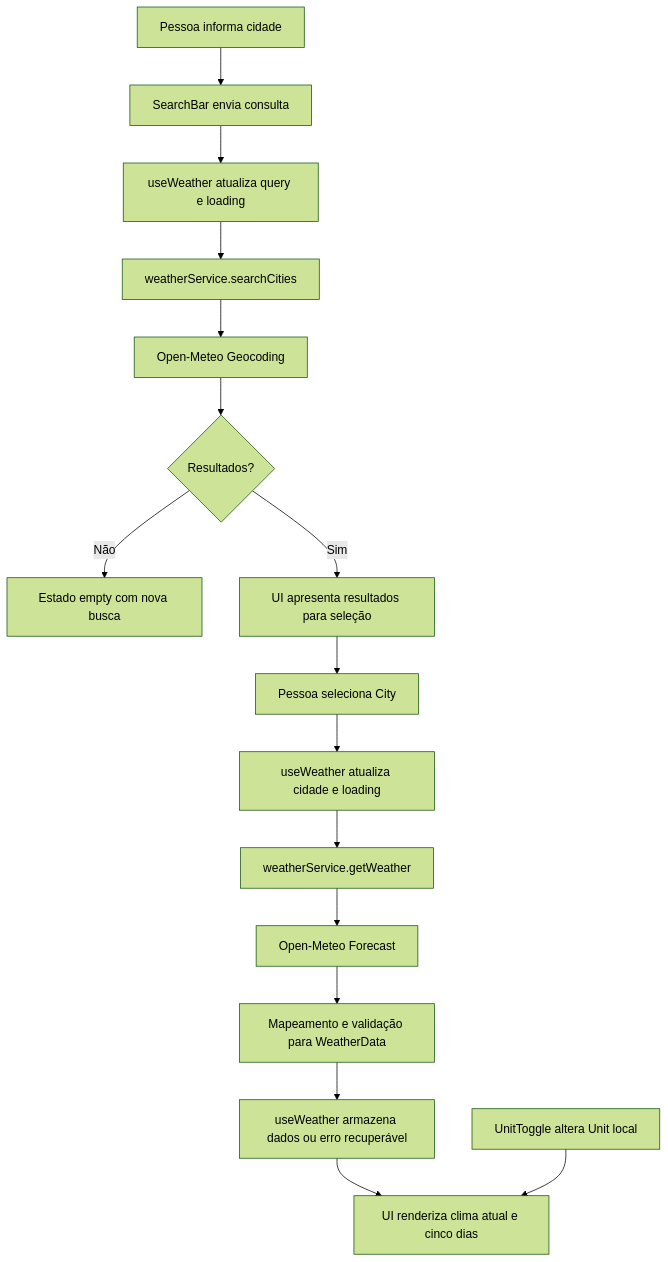
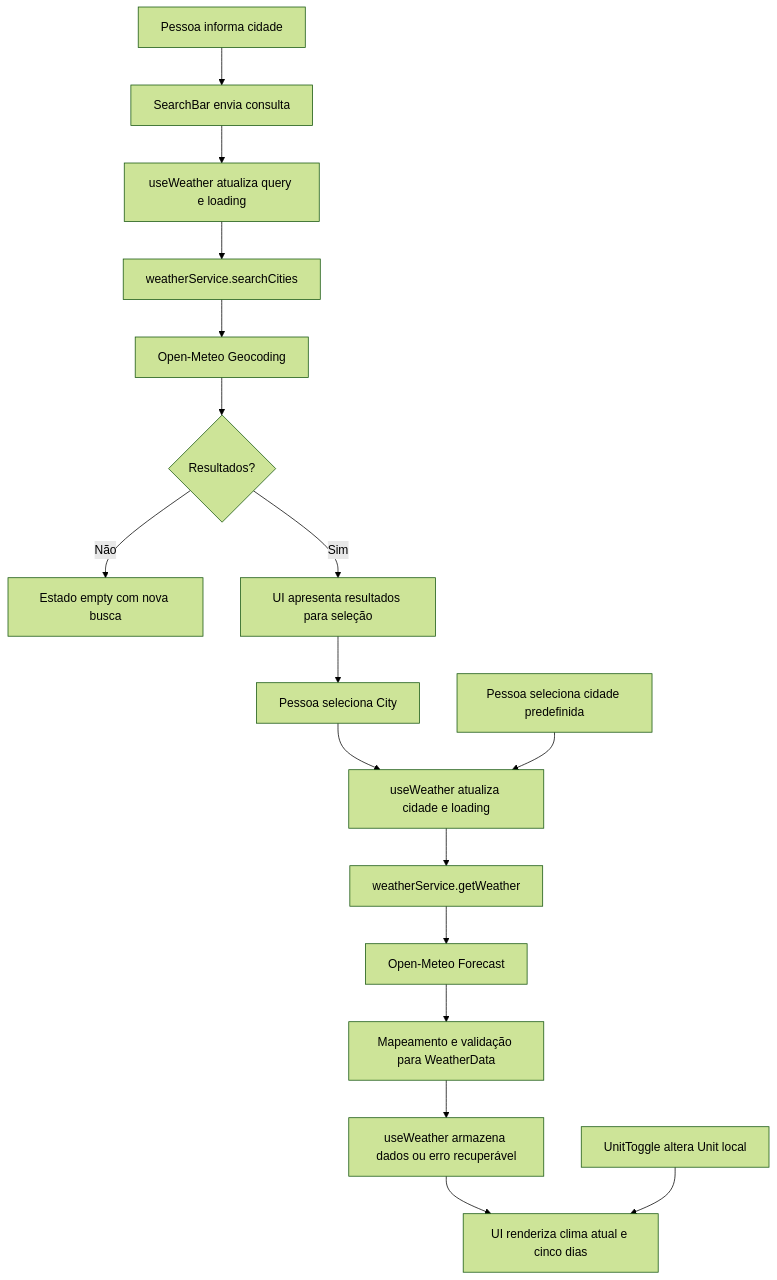
Before and after one commit to AndersonSerpro/sdd-weather-app-andersonrosa0511: the diagram in plans/weather-app-plan.md, drawn with Mermaid (forest theme). The commit also changed other lines of this file and 25 other files, not shown here.

````diff
--- a/plans/weather-app-plan.md
+++ b/plans/weather-app-plan.md
@@ -92,18 +105,19 @@
 ```mermaid
 flowchart TD
   A[Pessoa informa cidade] --> B[SearchBar envia consulta]
   B --> C[useWeather atualiza query e loading]
   C --> D[weatherService.searchCities]
   D --> E[Open-Meteo Geocoding]
   E --> F{Resultados?}
   F -->|Não| G[Estado empty com nova busca]
   F -->|Sim| H[UI apresenta resultados para seleção]
   H --> I[Pessoa seleciona City]
   I --> J[useWeather atualiza cidade e loading]
   J --> K[weatherService.getWeather]
   K --> L[Open-Meteo Forecast]
   L --> M[Mapeamento e validação para WeatherData]
   M --> N[useWeather armazena dados ou erro recuperável]
   N --> O[UI renderiza clima atual e cinco dias]
+  Q[Pessoa seleciona cidade predefinida] --> J
   P[UnitToggle altera Unit local] --> O
 ```
````
